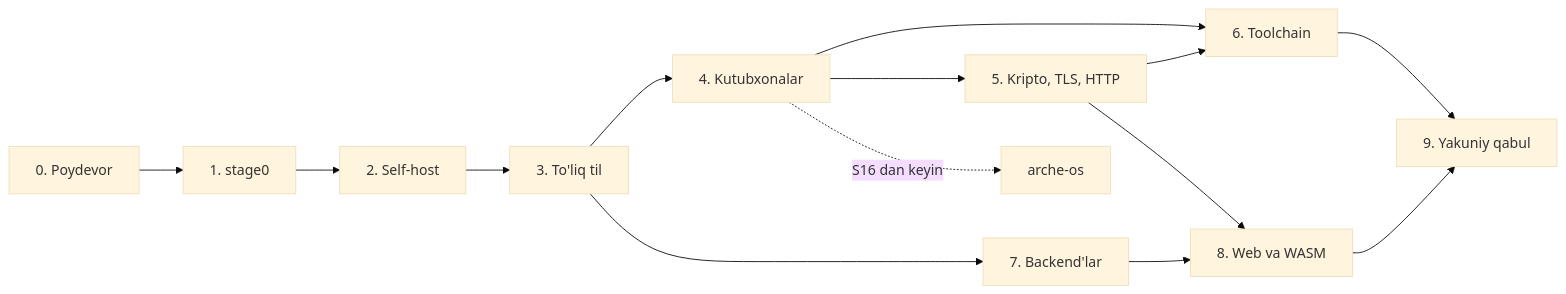
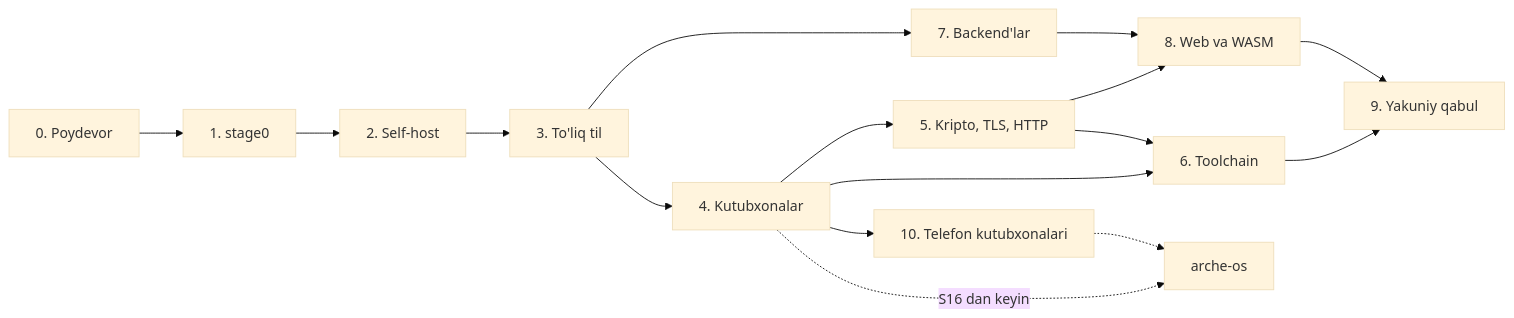
The diagram in docs/sprints.md (arche-family/arche-lang), drawn with Mermaid (base theme) before and after one commit. The commit also changed other lines of this file and 2 other files, not shown here.

````diff
--- a/docs/sprints.md
+++ b/docs/sprints.md
@@ -31,13 +32,15 @@
 ```mermaid
 flowchart LR
     f0["0. Poydevor"] --> f1["1. stage0"] --> f2["2. Self-host"] --> f3["3. To'liq til"] --> f4["4. Kutubxonalar"]
     f3 --> f7["7. Backend'lar"]
     f4 --> f5["5. Kripto, TLS, HTTP"]
     f4 --> f6["6. Toolchain"]
     f5 --> f6
     f5 --> f8["8. Web va WASM"]
     f7 --> f8
     f6 --> f9["9. Yakuniy qabul"]
     f8 --> f9
     f4 -.->|S16 dan keyin| os["arche-os"]
+    f4 --> f10["10. Telefon kutubxonalari"]
+    f10 -.-> os
 ```
````
